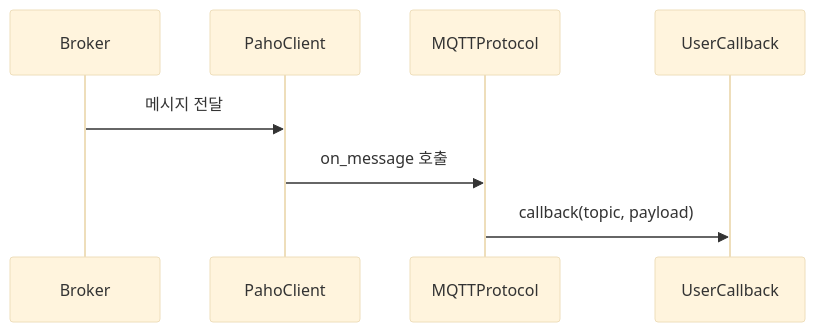
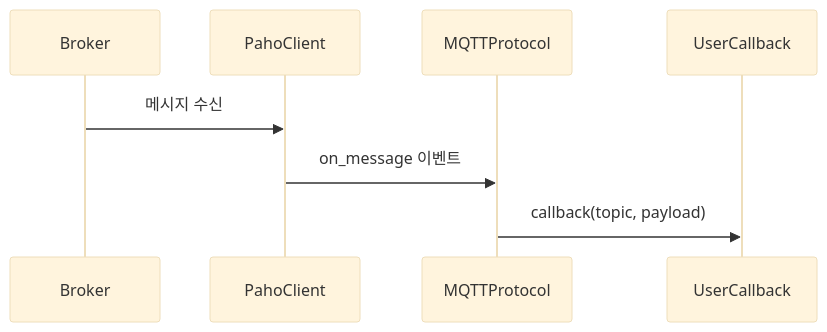
Before and after one commit to CREFLEINC/eq1_network: the second of 2 diagrams in docs/mqtt_protocol.md, drawn with Mermaid (base theme). The commit also changed other lines of this file and 4 other files, not shown here.

````diff
--- a/docs/mqtt_protocol.md
+++ b/docs/mqtt_protocol.md
@@ -98,11 +95,11 @@
 ```mermaid
 sequenceDiagram
     participant Broker
     participant PahoClient
     participant MQTTProtocol
     participant UserCallback
 
-    Broker->>PahoClient: 메시지 전달
-    PahoClient->>MQTTProtocol: on_message 호출
+    Broker->>PahoClient: 메시지 수신
+    PahoClient->>MQTTProtocol: on_message 이벤트
     MQTTProtocol->>UserCallback: callback(topic, payload)
 ```
````
